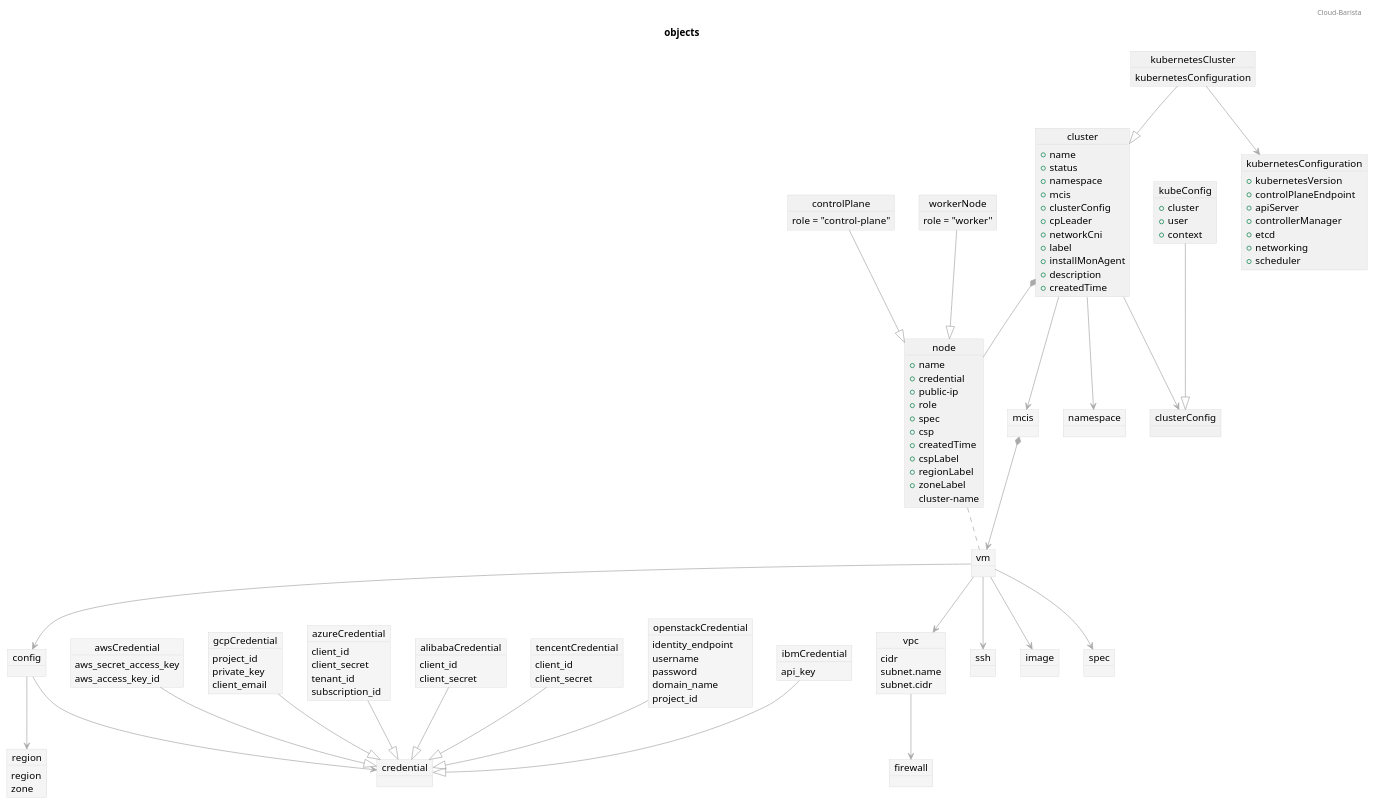
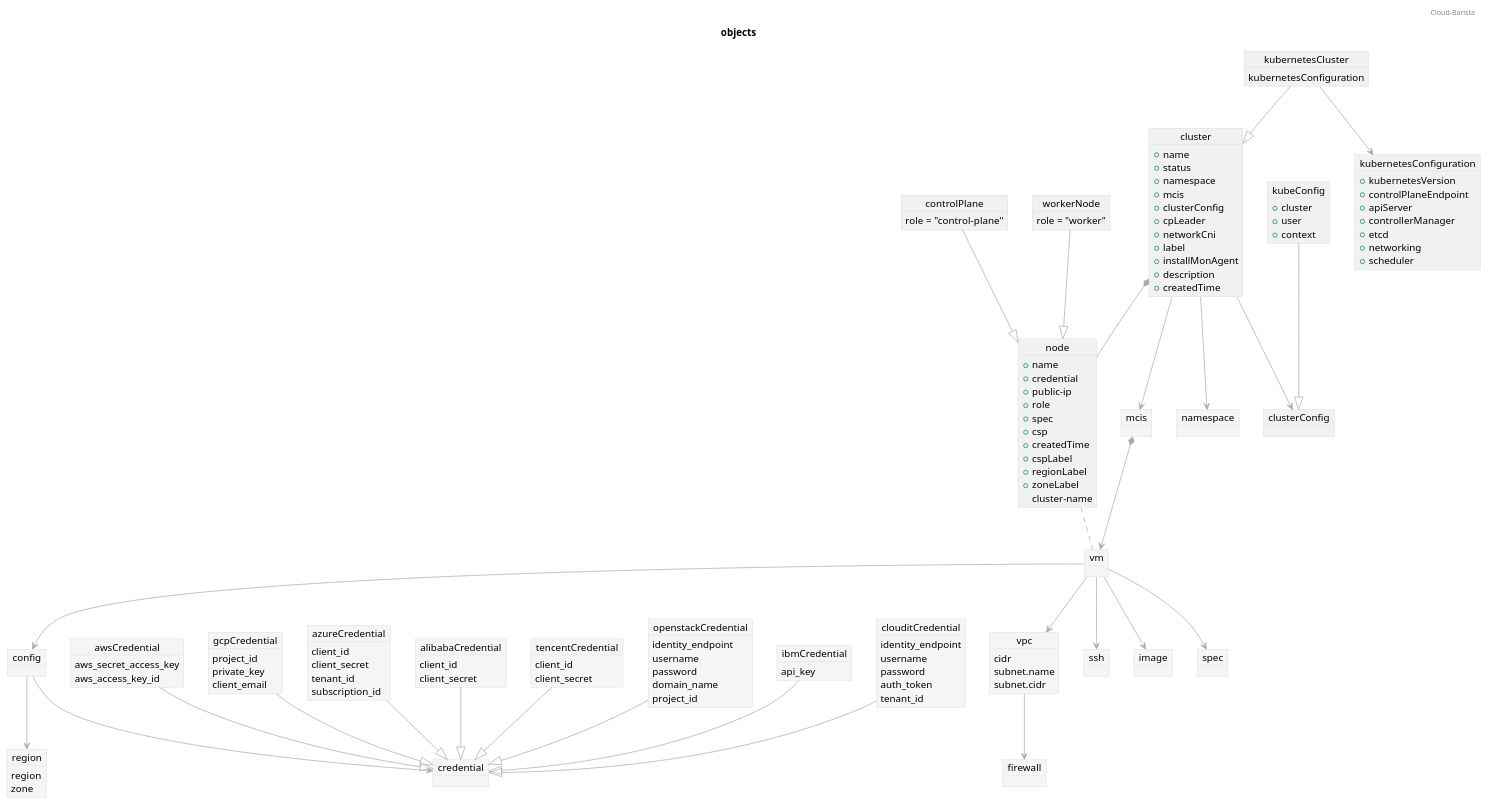
One commit to cloud-barista/cb-ladybug changed the diagram in docs/design/objects.puml. Above: the diagram before and after it, drawn with PlantUML. The commit also changed 9 other files, not shown here.

```diff
--- a/docs/design/objects.puml
+++ b/docs/design/objects.puml
@@ -1,184 +1,192 @@
 @startuml
 
 header Cloud-Barista
 title objects
 skinparam object {
 	' backgroundColor	GreenYellow
 	ArrowColor		DarkGray
 	BorderColor		LightGray
 }
 
 ' # spider ----------------
 object region #WhiteSmoke {
 	region
 	zone
 }
 object credential #WhiteSmoke {
 }
 object awsCredential #WhiteSmoke {
 	aws_secret_access_key
 	aws_access_key_id
 }
 object gcpCredential #WhiteSmoke {
 	project_id
 	private_key
 	client_email
 }
 object azureCredential #WhiteSmoke {
 	client_id
 	client_secret
 	tenant_id	
 	subscription_id
 }
 object alibabaCredential #WhiteSmoke {
 	client_id
 	client_secret
 }
 object tencentCredential #WhiteSmoke {
 	client_id
 	client_secret
 }
 object openstackCredential #WhiteSmoke {
 	identity_endpoint
 	username
 	password
 	domain_name
 	project_id
 }
 object ibmCredential #WhiteSmoke {
 	api_key
 }
+object clouditCredential #WhiteSmoke {
+	identity_endpoint
+	username
+	password
+	auth_token
+	tenant_id
+}
 
 object config #WhiteSmoke {
 }
 object vm #WhiteSmoke {
 }
 ' }
 awsCredential	--|>	credential
 gcpCredential	--|>	credential
 azureCredential	--|>	credential
 alibabaCredential	--|>	credential
 tencentCredential	--|>	credential
 openstackCredential	--|>	credential
 ibmCredential   --|>	credential
+clouditCredential --|>	credential
 config			-->		credential
 config			-->		region
 
 ' # tumblebug ----------------
 object namespace #WhiteSmoke {
 }
 object vpc #WhiteSmoke {
 	cidr
 	subnet.name
 	subnet.cidr
 }
 object firewall #WhiteSmoke {
 }
 object ssh #WhiteSmoke {
 }
 object image #WhiteSmoke {
 }
 object spec #WhiteSmoke {
 }
 object mcis #WhiteSmoke {
 }
 
 vpc		-->		firewall
 vm		-->		vpc
 vm		-->		config
 vm		-->		ssh
 vm		-->		image
 vm		-->		spec
 mcis	*-->	vm
 
 
 ' # mcks ----------------
 object cluster {
 	+name
 	+status
 	+namespace
 	+mcis
 	+clusterConfig
 	+cpLeader
 	+networkCni
 	+label
 	+installMonAgent
 	+description
 	+createdTime
 }
 object kubernetesCluster {
 	kubernetesConfiguration
 }
 
 object kubernetesConfiguration {
 	+kubernetesVersion
 	+controlPlaneEndpoint
 	+apiServer
 	+controllerManager
 	+etcd
 	+networking
 	+scheduler
 }
 object node  {
 	+name
 	+credential
 	+public-ip
 	+role
 	+spec
 	+csp
 	+createdTime
 	+cspLabel
 	+regionLabel
 	+zoneLabel
 	cluster-name
 }
 object controlPlane  {
 	role = "control-plane"
 }
 object workerNode  {
 	role = "worker"
 }
 
 controlPlane	--|>	node
 workerNode		--|>	node
 
 
 object clusterConfig  {
 }
 
 object kubeConfig  {
 	+cluster
 	+user
 	+context
 }
 
 cluster		-->	 	namespace
 cluster		*--		node
 cluster		-->		mcis
 cluster		-->		clusterConfig
 
 kubernetesCluster	--|>	cluster
 kubernetesCluster	-->		kubernetesConfiguration
 node				..		vm
 
 kubeConfig		--|>	clusterConfig
 
 
 '' # mcks controller ----------------
 'object clusterDeployment #GreenYellow {
 '	+namespace
 '	+mcis
 '	+controlPlaneCount
 '	+wokrerCount
 '}
 'object nodeSet #GreenYellow {
 '	+replicas
 '}
 
 
 'clusterDeployment	-->		cluster
 'clusterDeployment	..>		mcis
 'nodeSet				*-->	node
 'nodeSet				..		clusterDeployment
 
 @enduml
```
